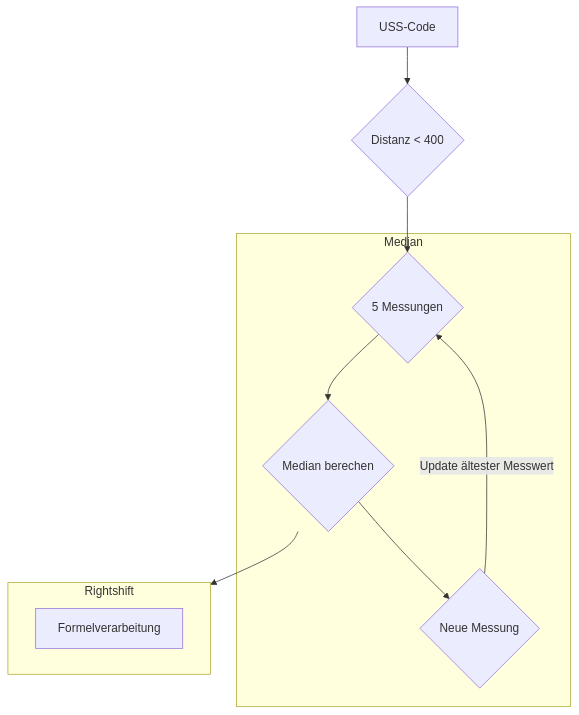
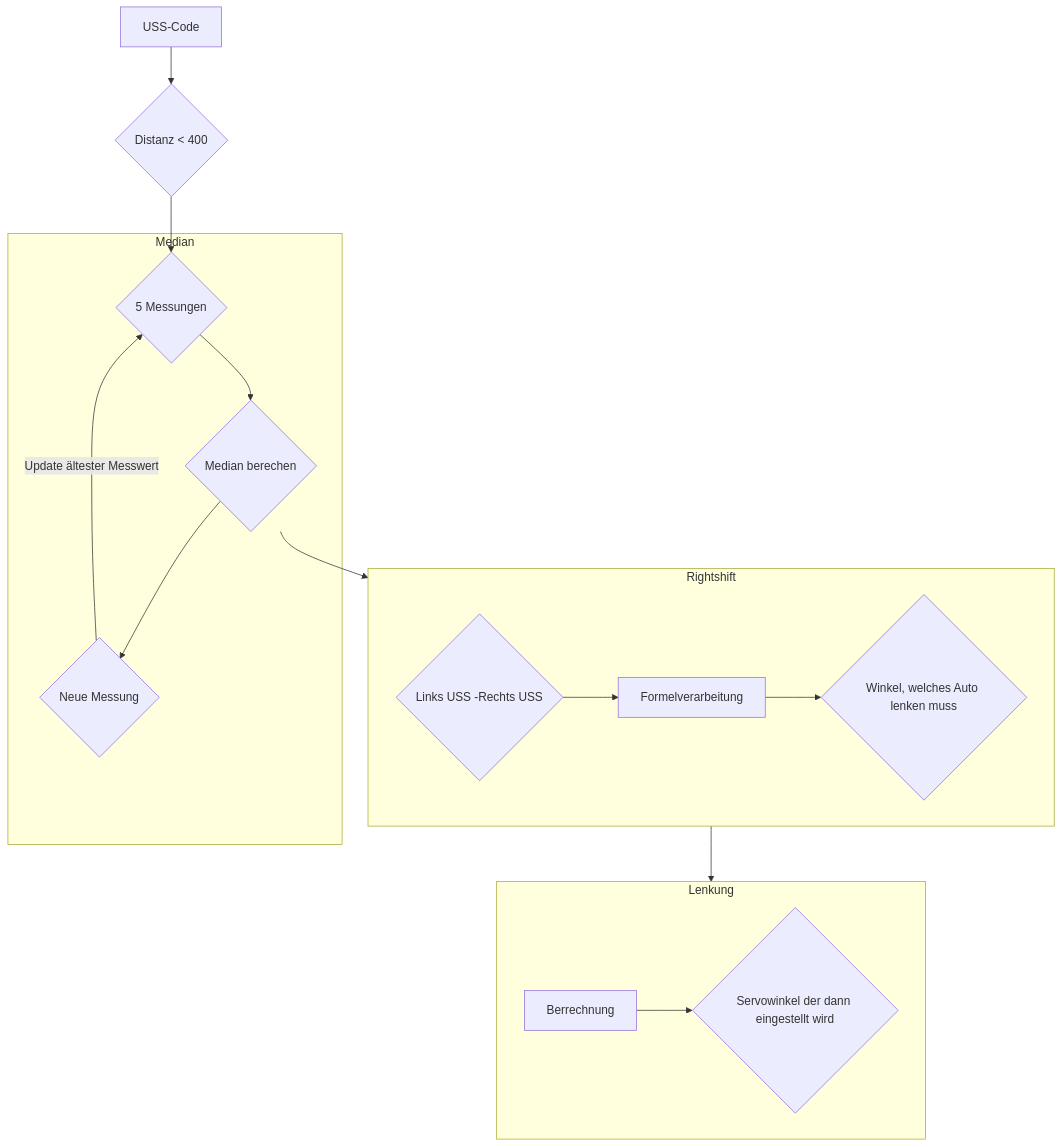
The diagram in Programme/Eröffnungsrennen/README.md (SchroedingersBit/PfortGTPanama), drawn with Mermaid before and after one commit.

````diff
--- a/Programme/Eröffnungsrennen/README.md
+++ b/Programme/Eröffnungsrennen/README.md
@@ -5,12 +5,17 @@
 ```mermaid
 flowchart TB;
 USS-Code --> D{Distanz < 400} --> M{5 Messungen};
 subgraph Median
 M-->ME{Median berechen} -->N{Neue Messung} -->|Update ältester Messwert| M;
 end
-ME --> Rightshift
+ME --> Rightshift;
 
 subgraph Rightshift
-Formelverarbeitung
+LR{Links USS -Rechts USS} --> Formelverarbeitung --> W{Winkel, welches Auto lenken muss};
+end
+Rightshift --> Lenkung;
+
+subgraph Lenkung
+Berrechnung --> S{Servowinkel der dann eingestellt wird}
 end
 ```
````
